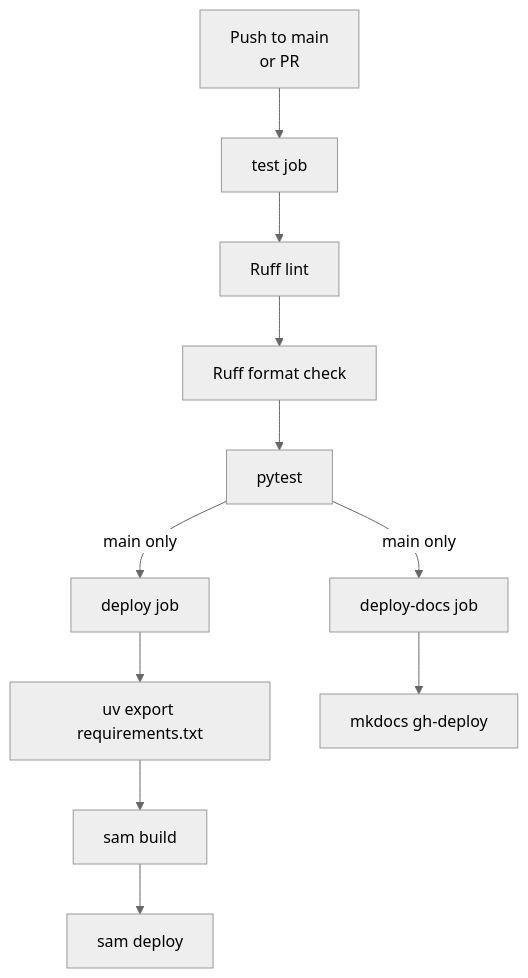
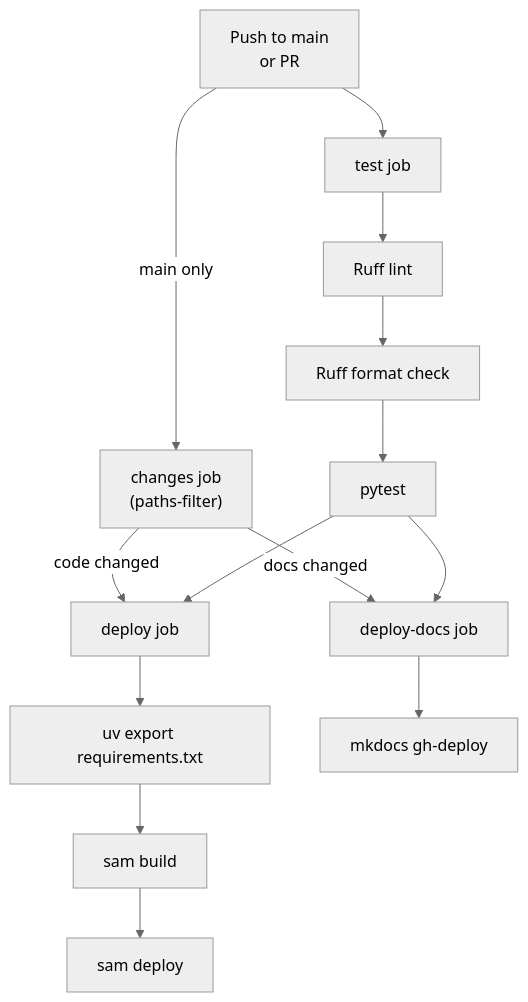
One commit to UBCForestryTLS/grading-helper-service changed the diagram in docs/deployment/index.md. Above: the diagram before and after it, drawn with Mermaid (neutral theme). The commit also changed other lines of this file, not shown here.

````diff
--- a/docs/deployment/index.md
+++ b/docs/deployment/index.md
@@ -103,16 +103,19 @@
 ```mermaid
 flowchart TD
     Push["Push to main\nor PR"] --> Test["test job"]
     Test --> Lint["Ruff lint"]
     Lint --> Format["Ruff format check"]
     Format --> Pytest["pytest"]
 
-    Pytest -->|"main only"| Deploy["deploy job"]
-    Pytest -->|"main only"| Docs["deploy-docs job"]
+    Push -->|"main only"| Changes["changes job\n(paths-filter)"]
+    Changes -->|"code changed"| Deploy["deploy job"]
+    Changes -->|"docs changed"| Docs["deploy-docs job"]
+    Pytest --> Deploy
+    Pytest --> Docs
 
     Deploy --> ExportReqs["uv export requirements.txt"]
     ExportReqs --> SAMBuild["sam build"]
     SAMBuild --> SAMDeploy["sam deploy"]
 
     Docs --> MkDocsDeploy["mkdocs gh-deploy"]
 ```
````
